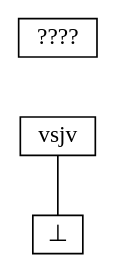
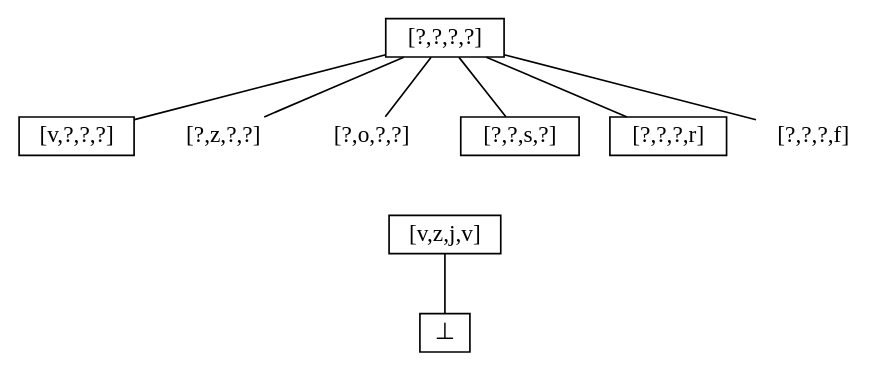
One commit to NorfairKing/ai_alternative-exam changed the diagram in resources/graphs/iteration_2.dot. Above: the diagram before and after it, drawn with Graphviz. The commit also changed 14 other files, not shown here.

Commit message:
first draft of graphs

```diff
--- a/resources/graphs/iteration_2.dot
+++ b/resources/graphs/iteration_2.dot
@@ -1,14 +1,28 @@
 digraph iter_1 {
     node [shape=rect height=0.1, width=0.2];
     edge [arrowhead = none];
 
-    top  [label = "????"];
+    top  [label = "[?,?,?,?]"];
     bot  [label = "&#8869;"];
 
-    ex_1 [label= "vsjv"];
+    ex_1 [label= "[v,z,j,v]"];
     
-    top -> ex_1[style=invis];
+    ex_2_1 [label = "[v,?,?,?]"];
+    ex_2_2 [label = "[?,z,?,?]",shape=none];
+    ex_2_3 [label = "[?,o,?,?]",shape=none];
+    ex_2_4 [label = "[?,?,s,?]"];
+    ex_2_5 [label = "[?,?,?,r]"];
+    ex_2_6 [label = "[?,?,?,f]",shape=none];
     
-    ex_1 [label= "vsjv"];
+    top -> ex_2_1;
+    top -> ex_2_2;
+    top -> ex_2_3;
+    top -> ex_2_4;
+    top -> ex_2_5;
+    top -> ex_2_6;
+    
+    ex_2_3 -> ex_1[style=invis];
+    ex_2_4 -> ex_1[style=invis];
+    
     ex_1 -> bot;
 }
```
